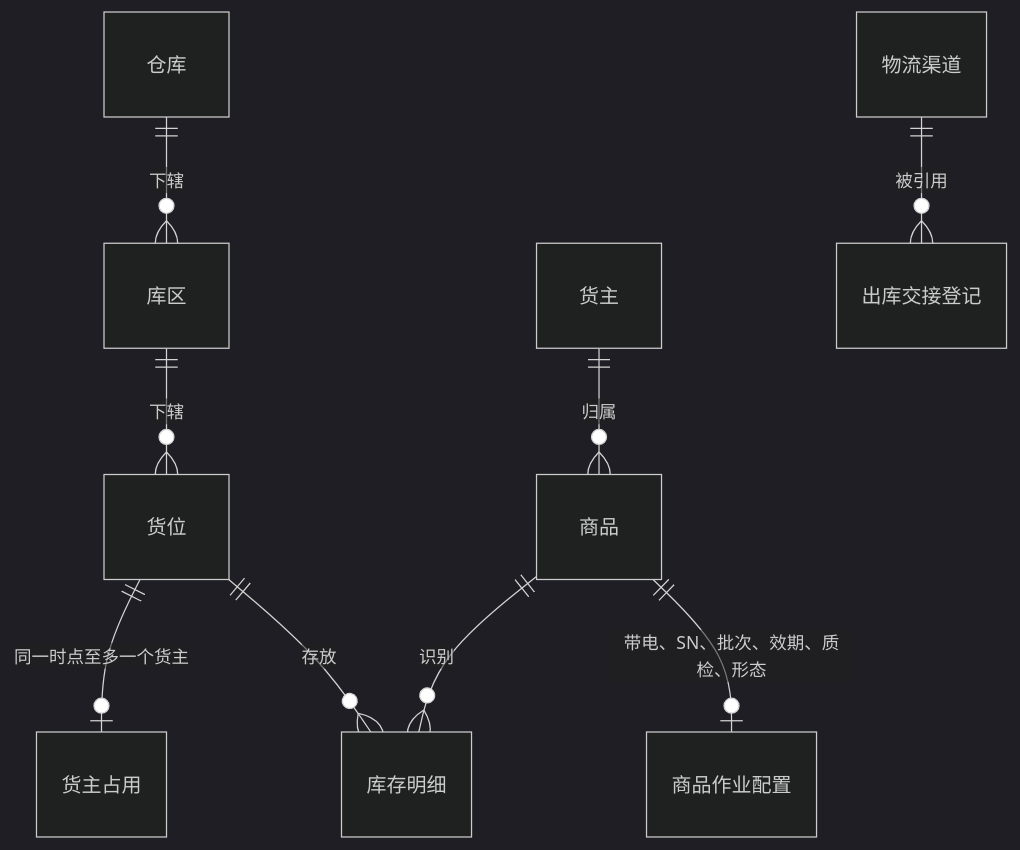
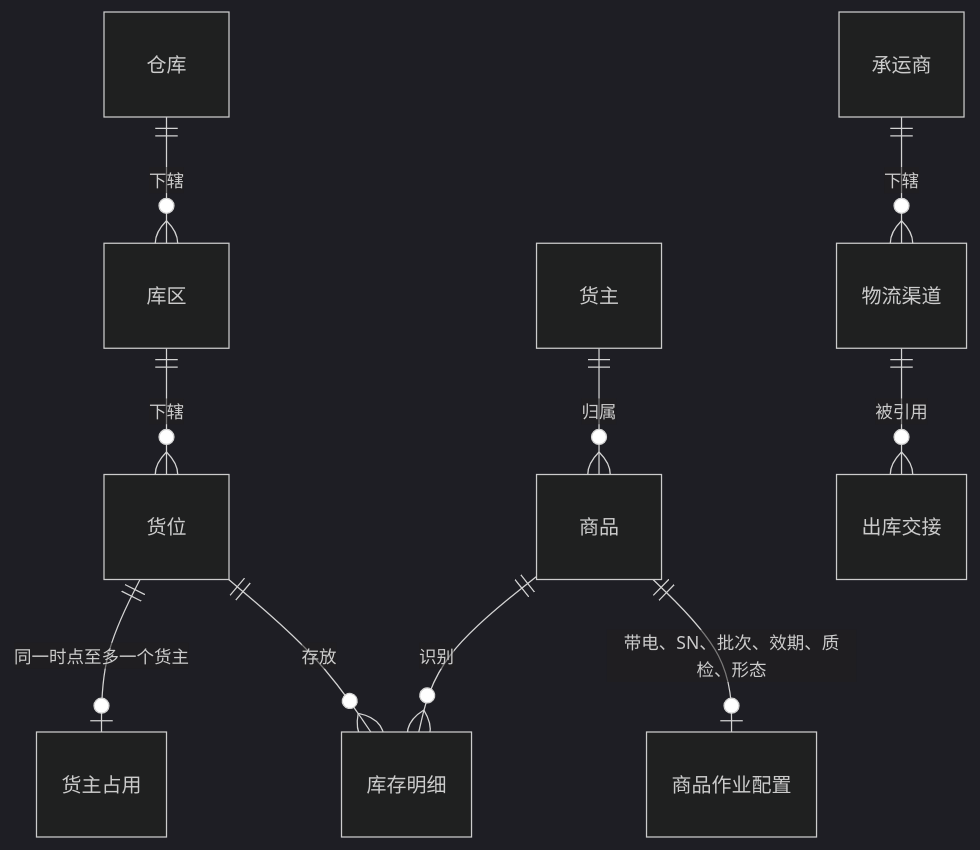
Before and after one commit to TopVitamin/QS-WMS-Project: the first of 2 diagrams in 05-应用设计方案/20261002-MVP版本/系统架构设计/02-实体对象关系.md, drawn with Mermaid (dark theme). The commit also changed other lines of this file and 82 other files, not shown here.

````diff
--- a/05-应用设计方案/20261002-MVP版本/系统架构设计/02-实体对象关系.md
+++ b/05-应用设计方案/20261002-MVP版本/系统架构设计/02-实体对象关系.md
@@ -54,11 +64,12 @@
 ```mermaid
 erDiagram
     货主 ||--o{ 商品 : "归属"
     商品 ||--o| 商品作业配置 : "带电、SN、批次、效期、质检、形态"
     仓库 ||--o{ 库区 : "下辖"
     库区 ||--o{ 货位 : "下辖"
     货位 ||--o| 货主占用 : "同一时点至多一个货主"
     货位 ||--o{ 库存明细 : "存放"
     商品 ||--o{ 库存明细 : "识别"
-    物流渠道 ||--o{ 出库交接登记 : "被引用"
+    承运商 ||--o{ 物流渠道 : "下辖"
+    物流渠道 ||--o{ 出库交接 : "被引用"
 ```
````
